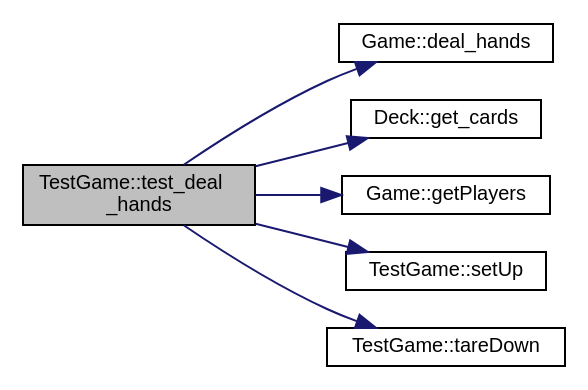
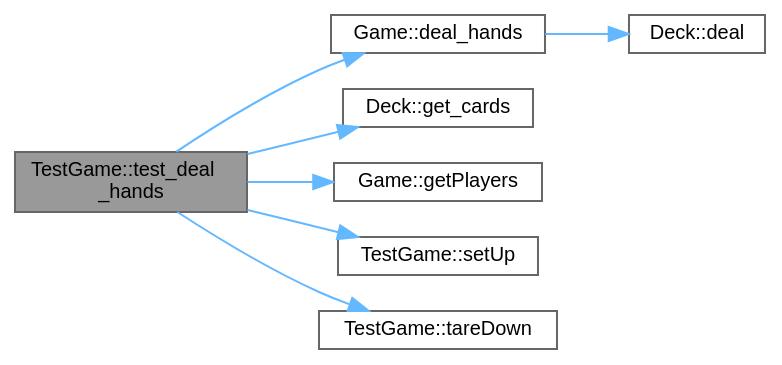
Before and after one commit to jesstyrrell/cosc345: the diagram in class_test_game_ac97d4892a0c3798cb39bb96c2155aaea_cgraph.dot, drawn with Graphviz. The commit also changed 284 other files, not shown here.

```diff
--- a/class_test_game_ac97d4892a0c3798cb39bb96c2155aaea_cgraph.dot
+++ b/class_test_game_ac97d4892a0c3798cb39bb96c2155aaea_cgraph.dot
@@ -1,19 +1,22 @@
 digraph "TestGame::test_deal_hands"
 {
  // INTERACTIVE_SVG=YES
  // LATEX_PDF_SIZE
-  edge [fontname="Helvetica",fontsize="10",labelfontname="Helvetica",labelfontsize="10"];
-  node [fontname="Helvetica",fontsize="10",shape=record];
+  bgcolor="transparent";
+  edge [fontname=Helvetica,fontsize=10,labelfontname=Helvetica,labelfontsize=10];
+  node [fontname=Helvetica,fontsize=10,shape=box,height=0.2,width=0.4];
   rankdir="LR";
-  Node1 [label="TestGame::test_deal\l_hands",height=0.2,width=0.4,color="black", fillcolor="grey75", style="filled", fontcolor="black",tooltip=" "];
-  Node1 -> Node2 [color="midnightblue",fontsize="10",style="solid",fontname="Helvetica"];
-  Node2 [label="Game::deal_hands",height=0.2,width=0.4,color="black", fillcolor="white", style="filled",URL="$class_game.html#a5cc682e0e2c72be6768cdacc9aec26ae",tooltip="Deals the hands to the players."];
-  Node1 -> Node3 [color="midnightblue",fontsize="10",style="solid",fontname="Helvetica"];
-  Node3 [label="Deck::get_cards",height=0.2,width=0.4,color="black", fillcolor="white", style="filled",URL="$class_deck.html#a2fe0172048296260450a74035a34db9b",tooltip="Retrieves the current set of cards in the deck."];
-  Node1 -> Node4 [color="midnightblue",fontsize="10",style="solid",fontname="Helvetica"];
-  Node4 [label="Game::getPlayers",height=0.2,width=0.4,color="black", fillcolor="white", style="filled",URL="$class_game.html#a57e5aef2f67e77929842fab7a78404ea",tooltip="Gets the players in the game."];
-  Node1 -> Node5 [color="midnightblue",fontsize="10",style="solid",fontname="Helvetica"];
-  Node5 [label="TestGame::setUp",height=0.2,width=0.4,color="black", fillcolor="white", style="filled",URL="$class_test_game.html#a9c9f90a680072ff864d9e477d49556f6",tooltip=" "];
-  Node1 -> Node6 [color="midnightblue",fontsize="10",style="solid",fontname="Helvetica"];
-  Node6 [label="TestGame::tareDown",height=0.2,width=0.4,color="black", fillcolor="white", style="filled",URL="$class_test_game.html#a13d625d428905ea6da2d23281f9a26b7",tooltip=" "];
+  Node1 [id="Node000001",label="TestGame::test_deal\l_hands",height=0.2,width=0.4,color="gray40", fillcolor="grey60", style="filled", fontcolor="black",tooltip=" "];
+  Node1 -> Node2 [id="edge1_Node000001_Node000002",color="steelblue1",style="solid",tooltip=" "];
+  Node2 [id="Node000002",label="Game::deal_hands",height=0.2,width=0.4,color="grey40", fillcolor="white", style="filled",URL="$class_game.html#a5cc682e0e2c72be6768cdacc9aec26ae",tooltip="Deals the hands to the players."];
+  Node2 -> Node3 [id="edge2_Node000002_Node000003",color="steelblue1",style="solid",tooltip=" "];
+  Node3 [id="Node000003",label="Deck::deal",height=0.2,width=0.4,color="grey40", fillcolor="white", style="filled",URL="$class_deck.html#a16604aabf7fc56dd44a72c4e862758cf",tooltip="Deals a card from the top of the deck."];
+  Node1 -> Node4 [id="edge3_Node000001_Node000004",color="steelblue1",style="solid",tooltip=" "];
+  Node4 [id="Node000004",label="Deck::get_cards",height=0.2,width=0.4,color="grey40", fillcolor="white", style="filled",URL="$class_deck.html#a2fe0172048296260450a74035a34db9b",tooltip="Retrieves the current set of cards in the deck."];
+  Node1 -> Node5 [id="edge4_Node000001_Node000005",color="steelblue1",style="solid",tooltip=" "];
+  Node5 [id="Node000005",label="Game::getPlayers",height=0.2,width=0.4,color="grey40", fillcolor="white", style="filled",URL="$class_game.html#a57e5aef2f67e77929842fab7a78404ea",tooltip="Gets the players in the game."];
+  Node1 -> Node6 [id="edge5_Node000001_Node000006",color="steelblue1",style="solid",tooltip=" "];
+  Node6 [id="Node000006",label="TestGame::setUp",height=0.2,width=0.4,color="grey40", fillcolor="white", style="filled",URL="$class_test_game.html#a9c9f90a680072ff864d9e477d49556f6",tooltip=" "];
+  Node1 -> Node7 [id="edge6_Node000001_Node000007",color="steelblue1",style="solid",tooltip=" "];
+  Node7 [id="Node000007",label="TestGame::tareDown",height=0.2,width=0.4,color="grey40", fillcolor="white", style="filled",URL="$class_test_game.html#a13d625d428905ea6da2d23281f9a26b7",tooltip=" "];
 }
```
